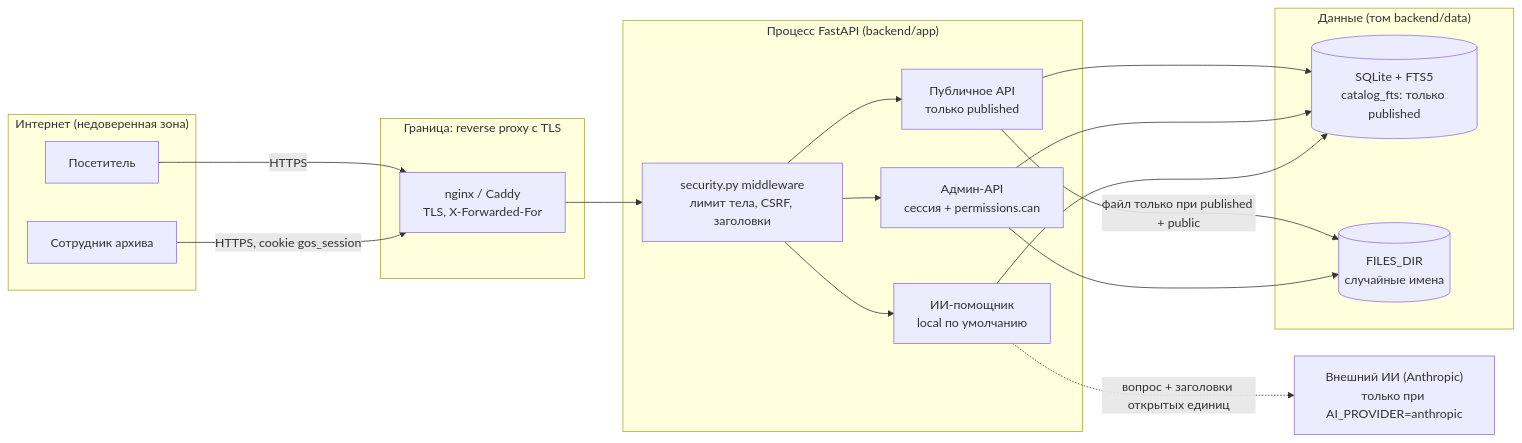
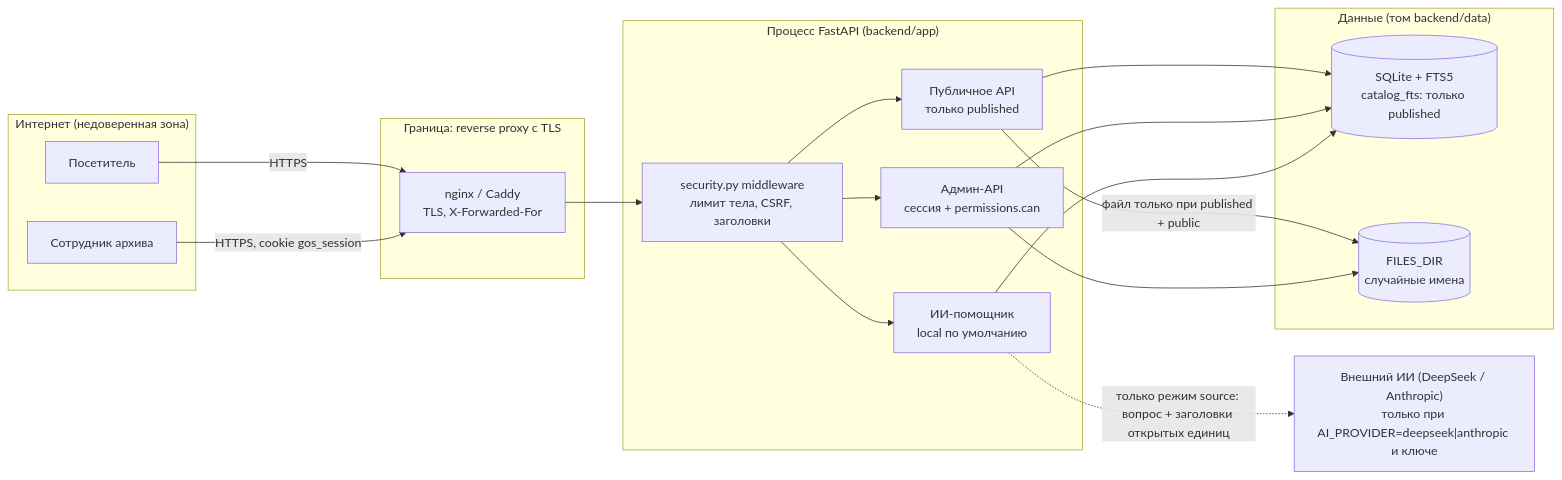
Before and after one commit to VigesSvet/codemasters9: the diagram in docs/SECURITY.md, drawn with Mermaid. The commit also changed other lines of this file and 9 other files, not shown here.

Commit message:
feat(ai): провайдер DeepSeek по ключу - system-промпт и разделители(SEC-20), restricted/no_data локально, фолбэк на local, тесты и документация

````diff
--- a/docs/SECURITY.md
+++ b/docs/SECURITY.md
@@ -51,34 +51,34 @@
 ```mermaid
 flowchart LR
     subgraph Internet["Интернет (недоверенная зона)"]
         V["Посетитель"]
         S["Сотрудник архива"]
     end
     subgraph Edge["Граница: reverse proxy с TLS"]
         P["nginx / Caddy<br/>TLS, X-Forwarded-For"]
     end
     subgraph App["Процесс FastAPI (backend/app)"]
         MW["security.py middleware<br/>лимит тела, CSRF, заголовки"]
         PUB["Публичное API<br/>только published"]
         ADM["Админ-API<br/>сессия + permissions.can"]
         AI["ИИ-помощник<br/>local по умолчанию"]
     end
     subgraph Data["Данные (том backend/data)"]
         DB[("SQLite + FTS5<br/>catalog_fts: только published")]
         FS[("FILES_DIR<br/>случайные имена")]
     end
-    EXT["Внешний ИИ (Anthropic)<br/>только при AI_PROVIDER=anthropic"]
+    EXT["Внешний ИИ (DeepSeek / Anthropic)<br/>только при AI_PROVIDER=deepseek|anthropic и ключе"]
 
     V -->|HTTPS| P
     S -->|HTTPS, cookie gos_session| P
     P --> MW
     MW --> PUB
     MW --> ADM
     MW --> AI
     PUB --> DB
     PUB -->|файл только при published + public| FS
     ADM --> DB
     ADM --> FS
     AI --> DB
-    AI -.->|вопрос + заголовки открытых единиц| EXT
+    AI -.->|только режим source: вопрос + заголовки открытых единиц| EXT
 ```
````
